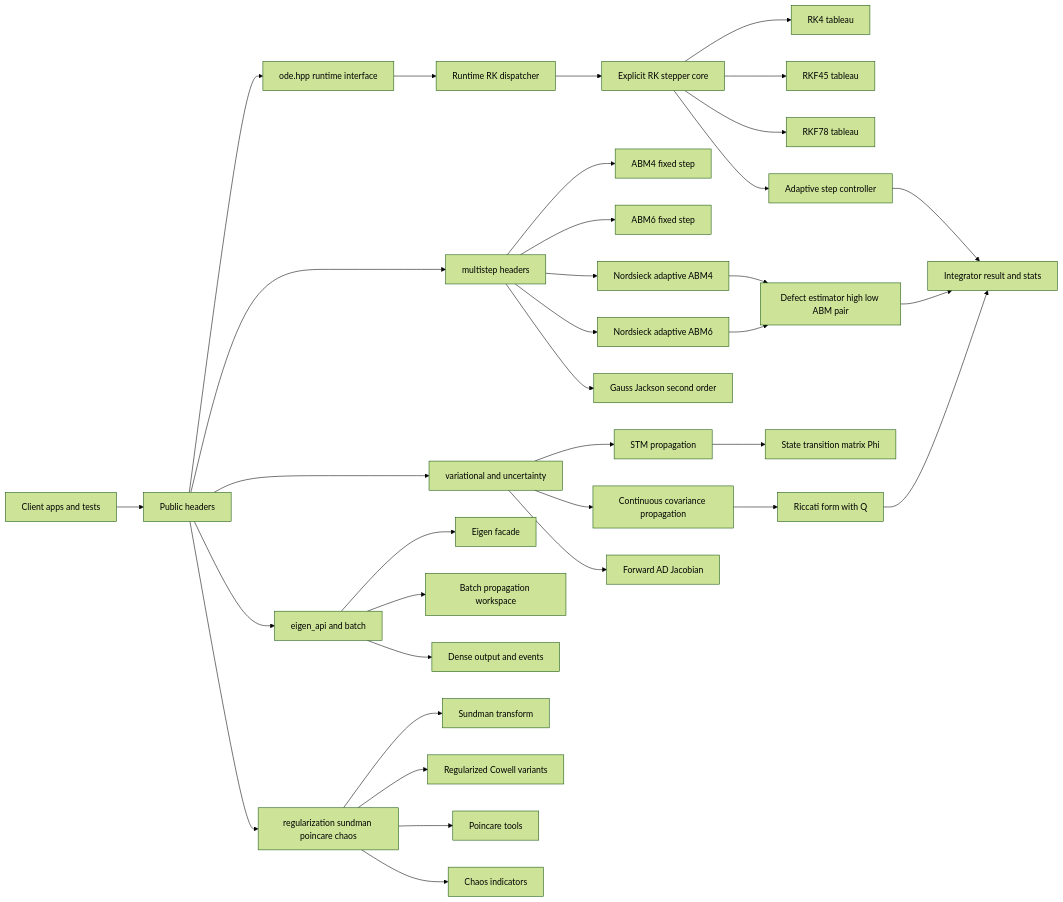
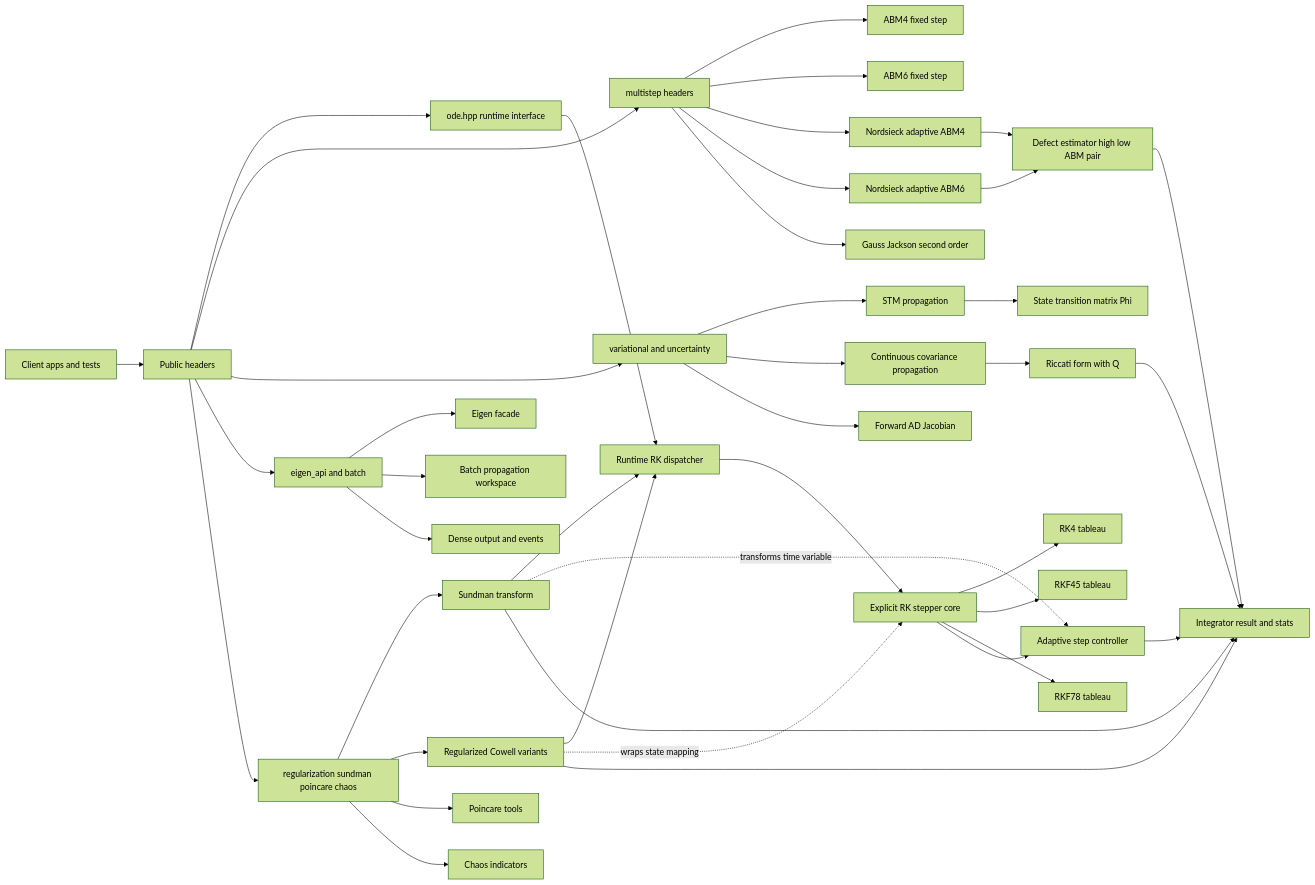
Before and after one commit to watsonryan/orbitIntegrator: the diagram in README.md, drawn with Mermaid (forest theme).

Commit message:
Connect regularization flows in Mermaid architecture diagram

````diff
--- a/README.md
+++ b/README.md
@@ -23,44 +23,51 @@
 ```mermaid
 flowchart LR
   A[Client apps and tests] --> B[Public headers]
 
   B --> B1[ode.hpp runtime interface]
   B --> B2[multistep headers]
   B --> B3[variational and uncertainty]
   B --> B4[eigen_api and batch]
   B --> B5[regularization sundman poincare chaos]
 
   B1 --> C1[Runtime RK dispatcher]
   C1 --> C2[Explicit RK stepper core]
   C2 --> C3[RK4 tableau]
   C2 --> C4[RKF45 tableau]
   C2 --> C5[RKF78 tableau]
   C2 --> C6[Adaptive step controller]
 
   B2 --> D1[ABM4 fixed step]
   B2 --> D2[ABM6 fixed step]
   B2 --> D3[Nordsieck adaptive ABM4]
   B2 --> D4[Nordsieck adaptive ABM6]
   B2 --> D5[Gauss Jackson second order]
   D3 --> D6[Defect estimator high low ABM pair]
   D4 --> D6
 
   B3 --> E1[STM propagation]
   B3 --> E2[Continuous covariance propagation]
   B3 --> E3[Forward AD Jacobian]
   E1 --> E4[State transition matrix Phi]
   E2 --> E5[Riccati form with Q]
 
   B4 --> F1[Eigen facade]
   B4 --> F2[Batch propagation workspace]
   B4 --> F3[Dense output and events]
 
   B5 --> G1[Sundman transform]
   B5 --> G2[Regularized Cowell variants]
   B5 --> G3[Poincare tools]
   B5 --> G4[Chaos indicators]
 
+  G1 --> C1
+  G2 --> C1
+  G1 -. transforms time variable .-> C6
+  G2 -. wraps state mapping .-> C2
+  G1 --> H1
+  G2 --> H1
+
   C6 --> H1[Integrator result and stats]
   D6 --> H1
   E5 --> H1
 ```
````
